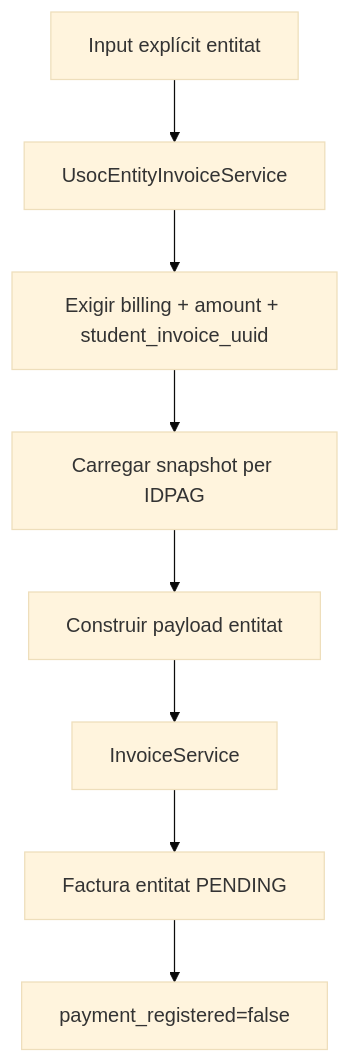
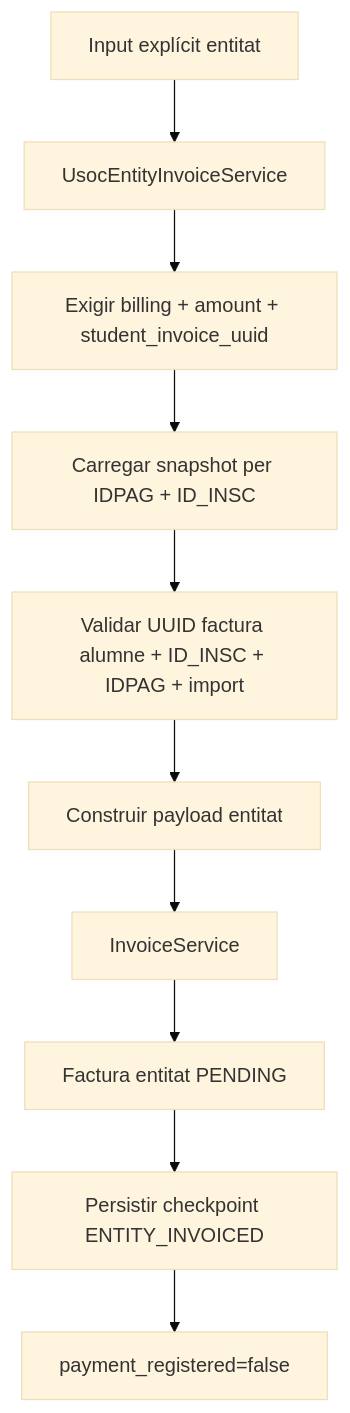
One commit to orgmeriemprismacat-del/verifactu changed diagram 19 of 23 in documentacio/07-uml-integrat/uc-013-activitats-pagines-actual-final.md. Above: the diagram before and after it, drawn with Mermaid (base theme). The commit also changed other lines of this file, not shown here.

Commit message:
docs(uc-013): actualitzar activitats amb checkpoint i reconciliador

````diff
--- a/documentacio/07-uml-integrat/uc-013-activitats-pagines-actual-final.md
+++ b/documentacio/07-uml-integrat/uc-013-activitats-pagines-actual-final.md
@@ -237,10 +238,12 @@
 ```mermaid
 flowchart TD
     A[Input explícit entitat] --> B[UsocEntityInvoiceService]
     B --> C[Exigir billing + amount + student_invoice_uuid]
-    C --> D[Carregar snapshot per IDPAG]
-    D --> E[Construir payload entitat]
-    E --> F[InvoiceService]
-    F --> G[Factura entitat PENDING]
-    G --> H[payment_registered=false]
+    C --> D[Carregar snapshot per IDPAG + ID_INSC]
+    D --> E[Validar UUID factura alumne + ID_INSC + IDPAG + import]
+    E --> F[Construir payload entitat]
+    F --> G[InvoiceService]
+    G --> H[Factura entitat PENDING]
+    H --> I[Persistir checkpoint ENTITY_INVOICED]
+    I --> J[payment_registered=false]
 ```
````
